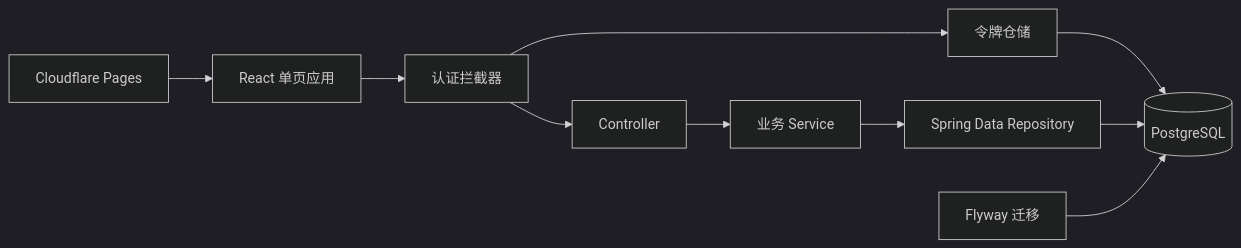
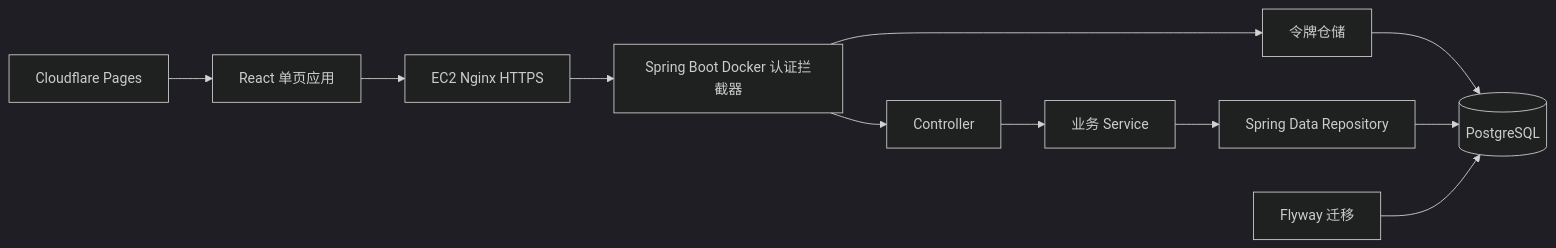
Before and after one commit to huwentao-hu/Student-Management-System: the diagram in ARCHITECTURE.md, drawn with Mermaid (dark theme). The commit also changed other lines of this file and 8 other files, not shown here.

````diff
--- a/ARCHITECTURE.md
+++ b/ARCHITECTURE.md
@@ -11,12 +11,13 @@
 ```mermaid
 flowchart LR
     Pages[Cloudflare Pages] --> Browser
-    Browser[React 单页应用] --> Auth[认证拦截器]
+    Browser[React 单页应用] --> Nginx[EC2 Nginx HTTPS]
+    Nginx --> Auth[Spring Boot Docker 认证拦截器]
     Auth --> Controller
     Auth --> TokenRepo[令牌仓储]
     TokenRepo --> PostgreSQL
     Controller --> Service[业务 Service]
     Service --> Repository[Spring Data Repository]
     Repository --> PostgreSQL[(PostgreSQL)]
     Flyway[Flyway 迁移] --> PostgreSQL
 ```
````
